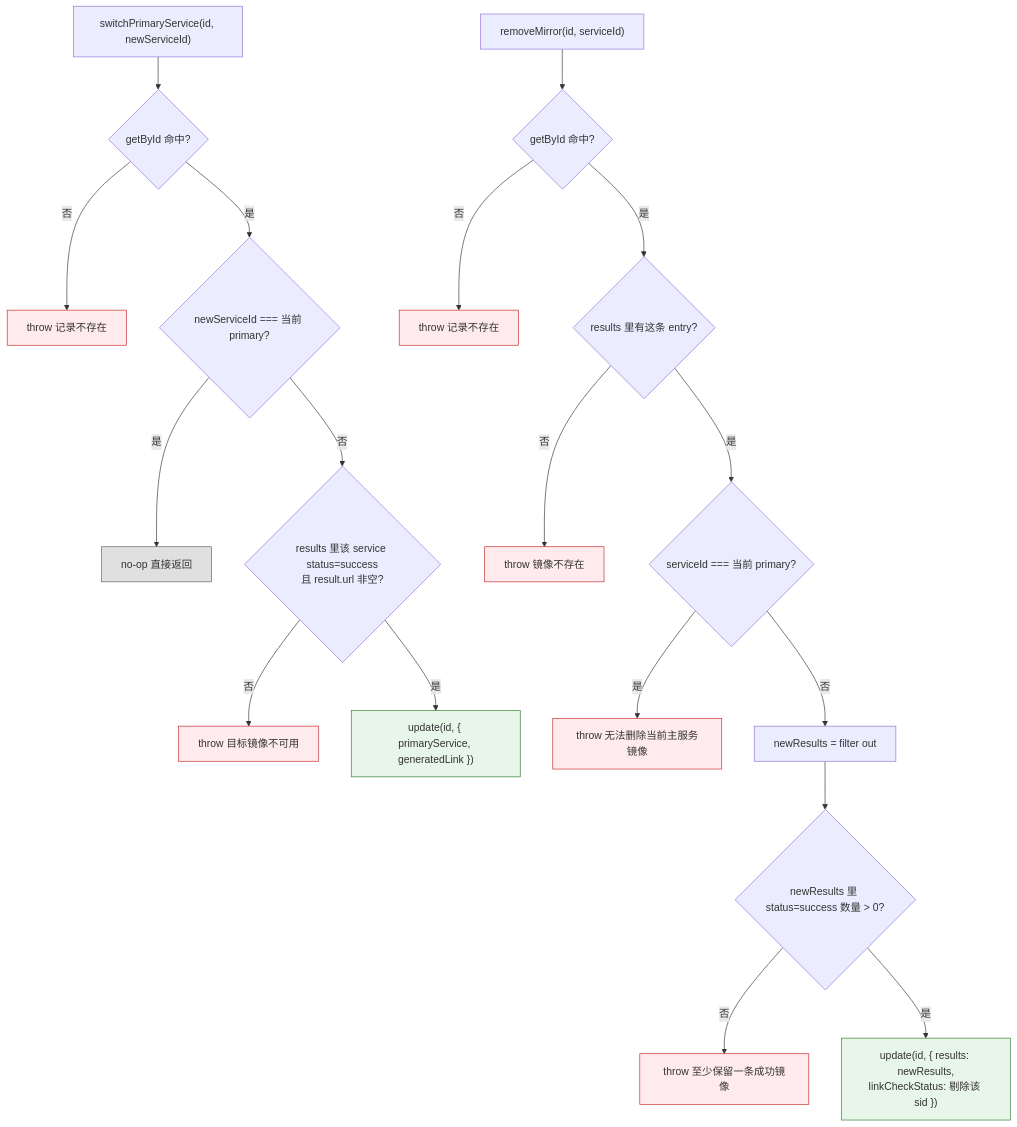
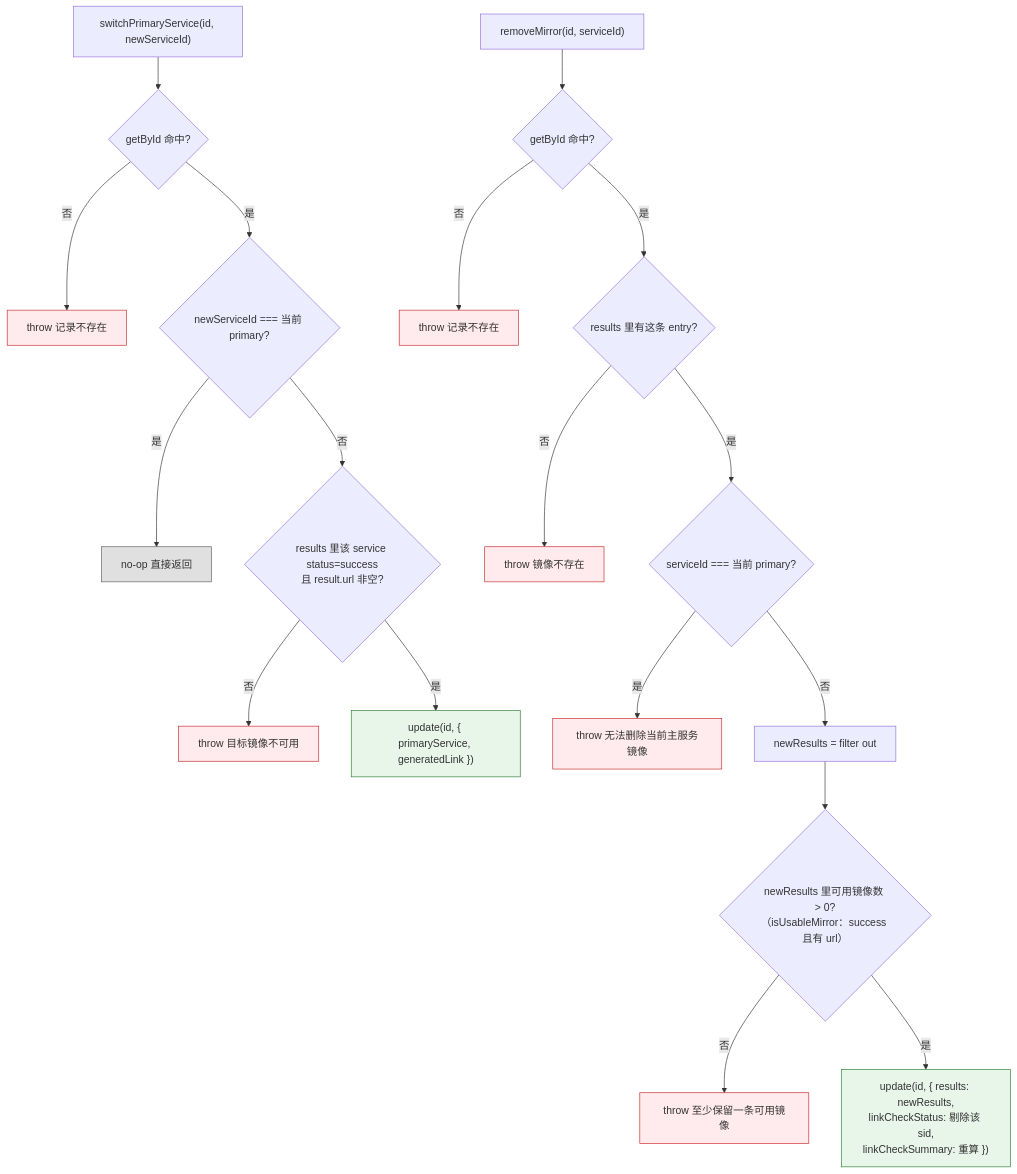
The third of 3 diagrams in docs/flows/mirror-fallback-flow.md (joeyliu6/PicNexus), drawn with Mermaid before and after one commit. The commit also changed other lines of this file and 4 other files, not shown here.

First line of the commit message:
docs: archive bulk-delete fix record and sync flow docs

````diff
--- a/docs/flows/mirror-fallback-flow.md
+++ b/docs/flows/mirror-fallback-flow.md
@@ -147,31 +147,31 @@
 ```mermaid
 flowchart TD
     A["switchPrimaryService(id, newServiceId)"] --> B{"getById 命中?"}
     B -- 否 --> BE["throw 记录不存在"]
     B -- 是 --> C{"newServiceId === 当前 primary?"}
     C -- 是 --> CN["no-op 直接返回"]
     C -- 否 --> D{"results 里该 service status=success<br/>且 result.url 非空?"}
     D -- 否 --> DE["throw 目标镜像不可用"]
     D -- 是 --> E["update(id, { primaryService, generatedLink })"]
 
     X["removeMirror(id, serviceId)"] --> Y{"getById 命中?"}
     Y -- 否 --> YE["throw 记录不存在"]
     Y -- 是 --> Z{"results 里有这条 entry?"}
     Z -- 否 --> ZE["throw 镜像不存在"]
     Z -- 是 --> W{"serviceId === 当前 primary?"}
     W -- 是 --> WE["throw 无法删除当前主服务镜像"]
     W -- 否 --> V["newResults = filter out"]
-    V --> U{"newResults 里 status=success 数量 > 0?"}
-    U -- 否 --> UE["throw 至少保留一条成功镜像"]
-    U -- 是 --> T["update(id, { results: newResults,<br/>linkCheckStatus: 剔除该 sid })"]
+    V --> U{"newResults 里可用镜像数 > 0?<br/>（isUsableMirror：success 且有 url）"}
+    U -- 否 --> UE["throw 至少保留一条可用镜像"]
+    U -- 是 --> T["update(id, { results: newResults,<br/>linkCheckStatus: 剔除该 sid,<br/>linkCheckSummary: 重算 })"]
 
     style BE fill:#ffebee,stroke:#c62828
     style DE fill:#ffebee,stroke:#c62828
     style YE fill:#ffebee,stroke:#c62828
     style ZE fill:#ffebee,stroke:#c62828
     style WE fill:#ffebee,stroke:#c62828
     style UE fill:#ffebee,stroke:#c62828
     style CN fill:#e0e0e0,stroke:#616161
     style E fill:#e8f5e9,stroke:#2e7d32
     style T fill:#e8f5e9,stroke:#2e7d32
 ```
````
